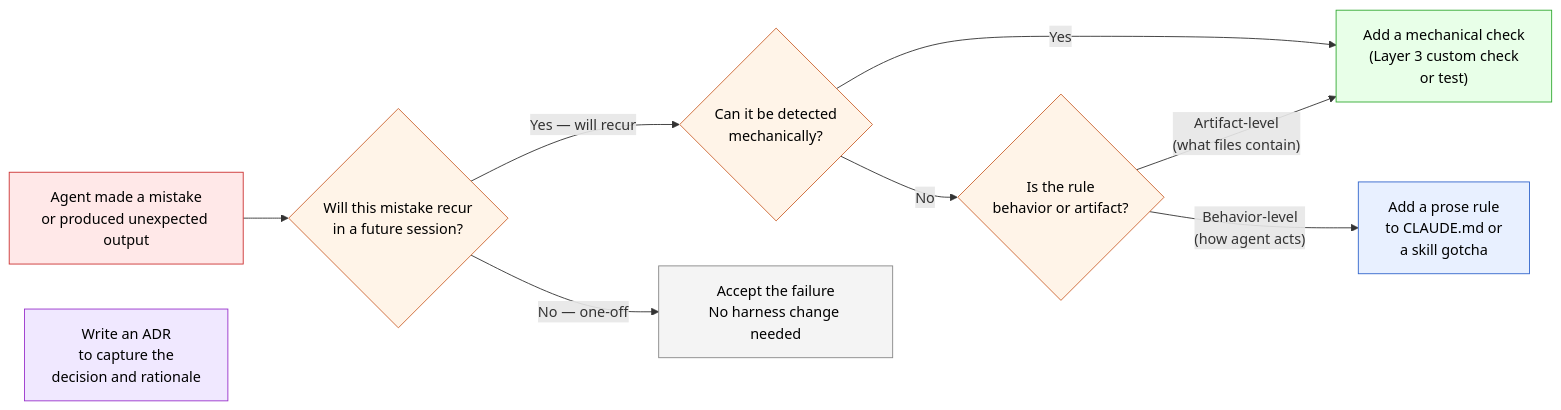
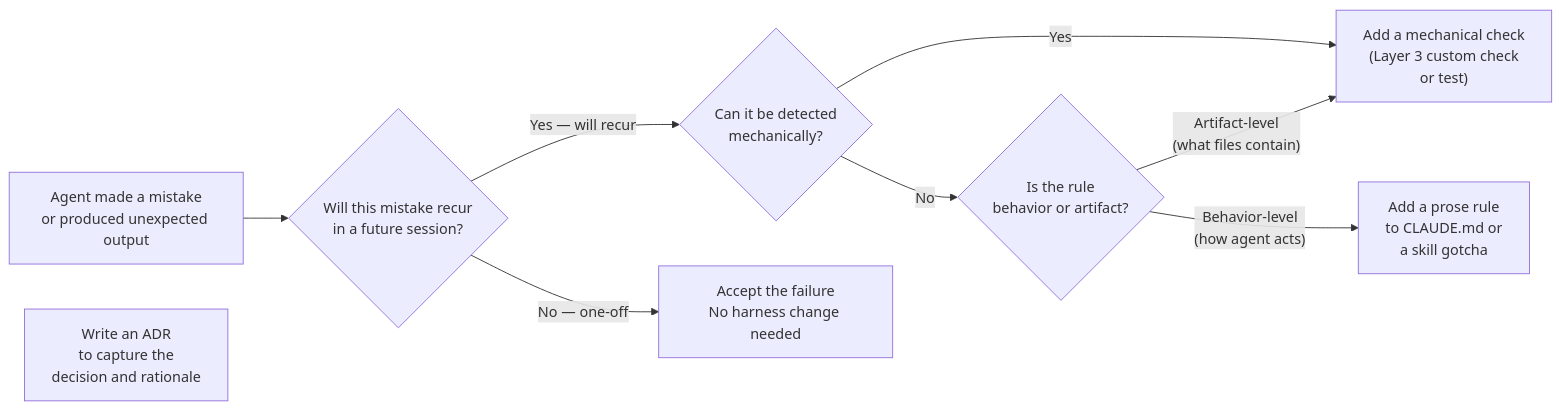
One commit to jsandino/ai-sandino changed the diagram in src/content/harness-guide/08-part-6-operating-discipline.md. Above: the diagram before and after it, drawn with Mermaid. The commit also changed 6 other files, not shown here.

First line of the commit message:
refactor: colour the harness guide's diagrams by name

````diff
--- a/src/content/harness-guide/08-part-6-operating-discipline.md
+++ b/src/content/harness-guide/08-part-6-operating-discipline.md
@@ -125,29 +125,29 @@
 ```mermaid
 flowchart LR
     FAILURE["Agent made a mistake<br/>or produced unexpected output"]
     Q1{"Will this mistake recur<br/>in a future session?"}
     Q2{"Can it be detected<br/>mechanically?"}
     Q3{"Is the rule<br/>behavior or artifact?"}
 
     CHECK["Add a mechanical check<br/>(Layer 3 custom check<br/>or test)"]
     RULE["Add a prose rule<br/>to CLAUDE.md or<br/>a skill gotcha"]
     ADR["Write an ADR<br/>to capture the<br/>decision and rationale"]
     ACCEPT["Accept the failure<br/>No harness change needed"]
 
     FAILURE --> Q1
     Q1 -->|"No — one-off"| ACCEPT
     Q1 -->|"Yes — will recur"| Q2
     Q2 -->|"Yes"| CHECK
     Q2 -->|"No"| Q3
     Q3 -->|"Artifact-level<br/>(what files contain)"| CHECK
     Q3 -->|"Behavior-level<br/>(how agent acts)"| RULE
 
-    style FAILURE fill:#ffe8e8,stroke:#c33,color:#000000
-    style CHECK fill:#e8ffe8,stroke:#3a3,color:#000000
-    style RULE fill:#e8f0ff,stroke:#36c,color:#000000
-    style ADR fill:#f0e8ff,stroke:#93c,color:#000000
-    style ACCEPT fill:#f4f4f4,stroke:#888,color:#000000
-    style Q1 fill:#fff4e8,stroke:#c63,color:#000000
-    style Q2 fill:#fff4e8,stroke:#c63,color:#000000
-    style Q3 fill:#fff4e8,stroke:#c63,color:#000000
+    class FAILURE coral
+    class CHECK emerald
+    class RULE sky
+    class ADR violet
+    class ACCEPT neutral
+    class Q1 amber
+    class Q2 amber
+    class Q3 amber
 ```
````
